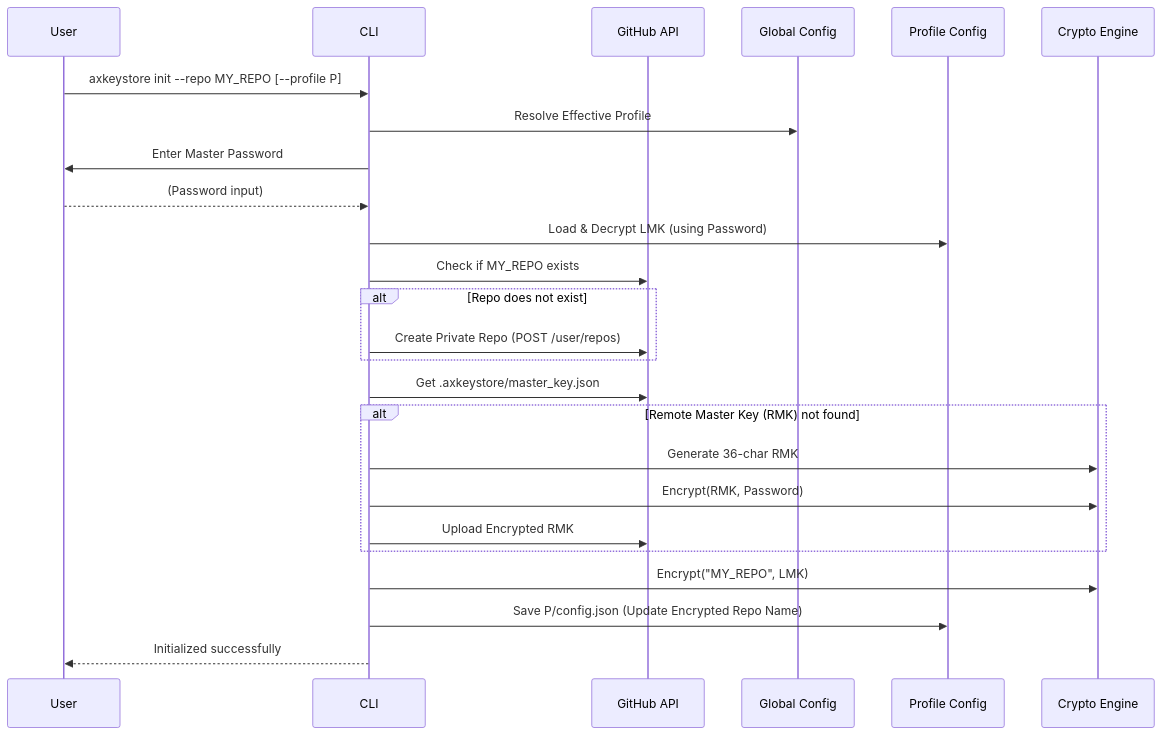
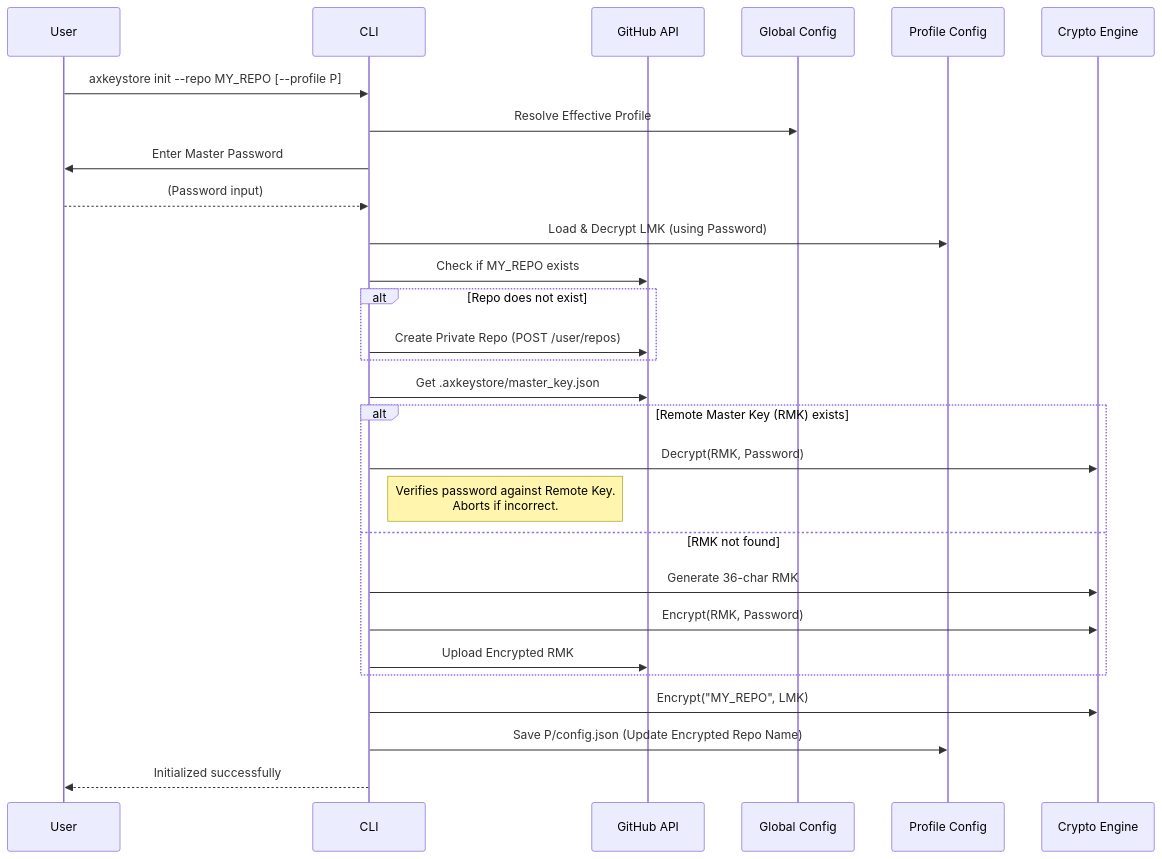
Before and after one commit to basilgregory/axkeystore: the second of 7 diagrams in README.md, drawn with Mermaid. The commit also changed other lines of this file, not shown here.

````diff
--- a/README.md
+++ b/README.md
@@ -335,28 +345,31 @@
 ```mermaid
 sequenceDiagram
     participant U as User
     participant C as CLI
     participant G as GitHub API
     participant GC as Global Config
     participant PC as Profile Config
     participant CR as Crypto Engine
 
     U->>C: axkeystore init --repo MY_REPO [--profile P]
     C->>GC: Resolve Effective Profile
     C->>U: Enter Master Password
     U-->>C: (Password input)
     C->>PC: Load & Decrypt LMK (using Password)
     C->>G: Check if MY_REPO exists
     alt Repo does not exist
         C->>G: Create Private Repo (POST /user/repos)
     end
     C->>G: Get .axkeystore/master_key.json
-    alt Remote Master Key (RMK) not found
+    alt Remote Master Key (RMK) exists
+        C->>CR: Decrypt(RMK, Password)
+        note right of C: Verifies password against Remote Key.<br/>Aborts if incorrect.
+    else RMK not found
         C->>CR: Generate 36-char RMK
         C->>CR: Encrypt(RMK, Password)
         C->>G: Upload Encrypted RMK
     end
     C->>CR: Encrypt("MY_REPO", LMK)
     C->>PC: Save P/config.json (Update Encrypted Repo Name)
     C-->>U: Initialized successfully
 ```
````
